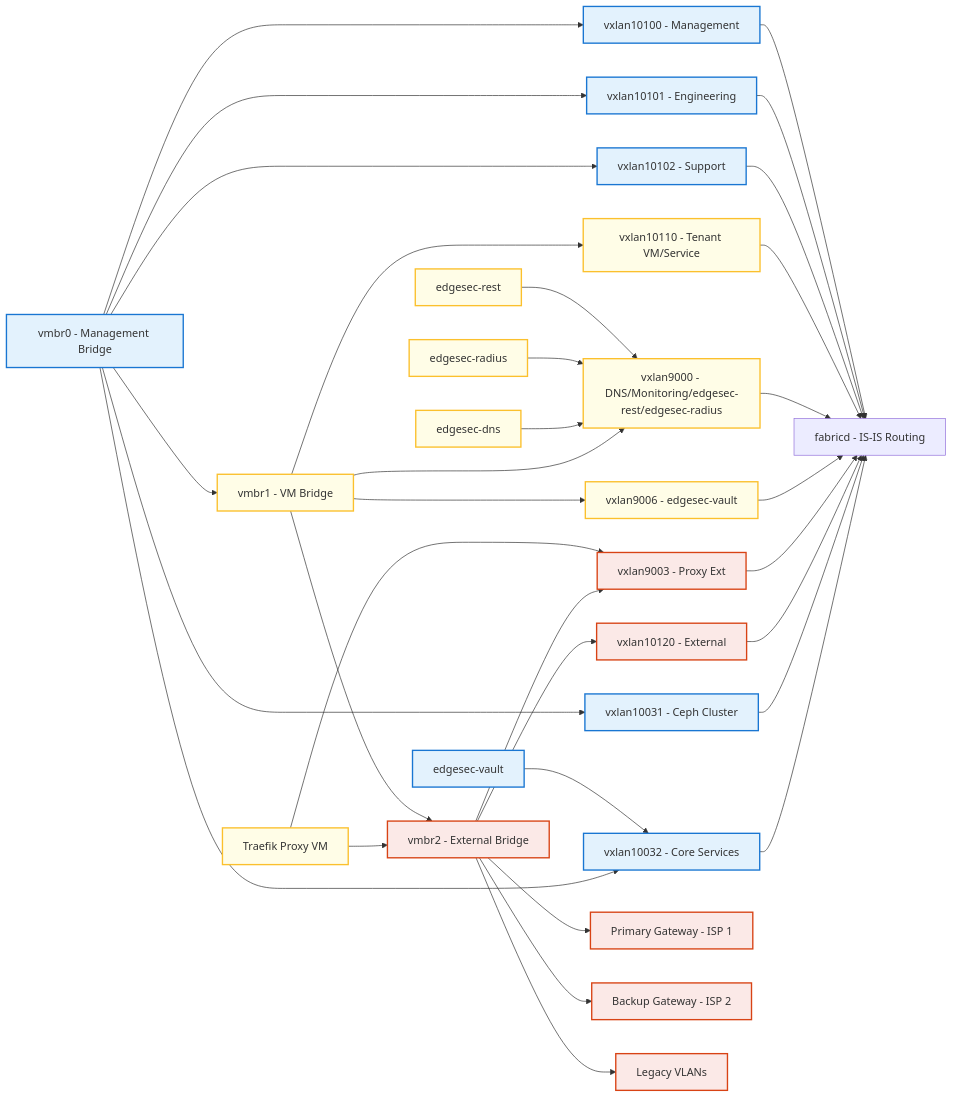
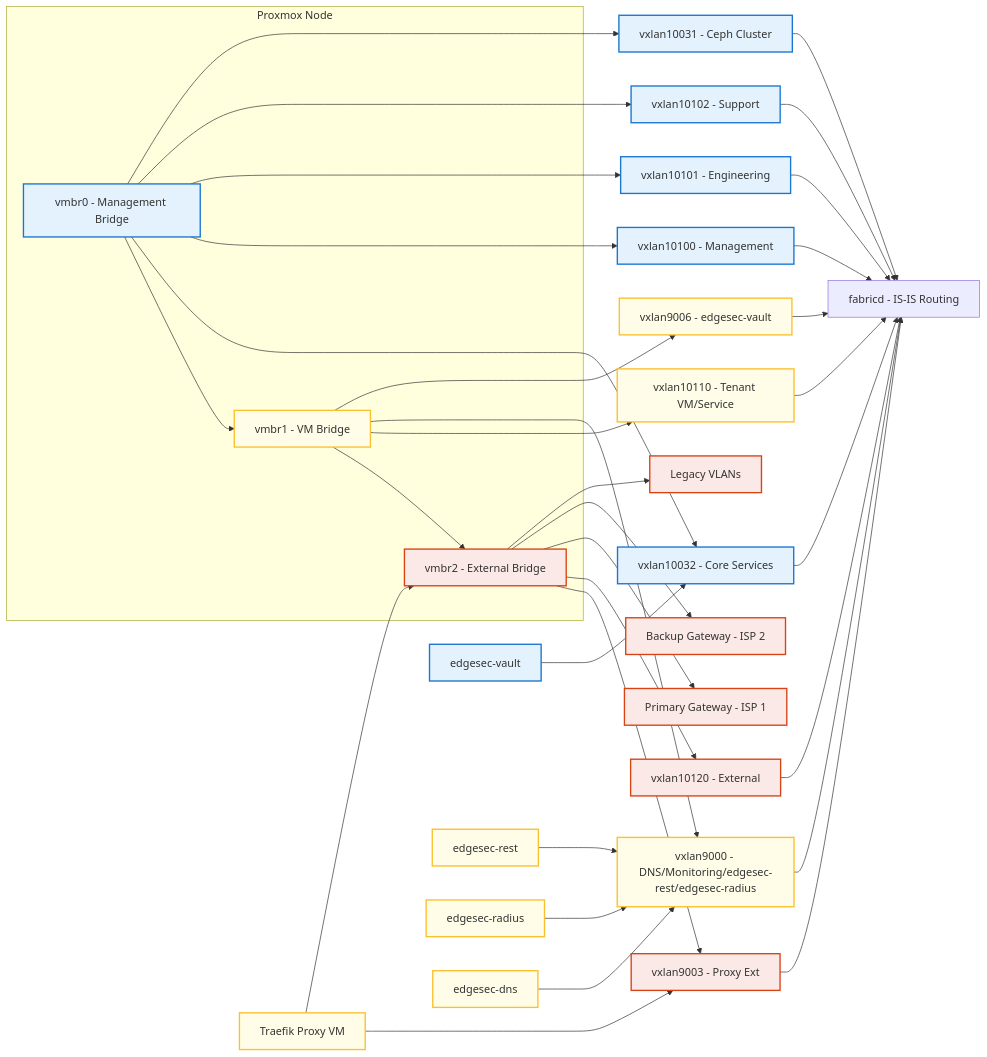
Before and after one commit to CEP-Comwell/proxmox_addons: the diagram in README.md, drawn with Mermaid.

Commit message:
updated graph lr positioning

````diff
--- a/README.md
+++ b/README.md
@@ -59,10 +59,12 @@
 ```mermaid
 graph LR
 
-  %% Bridges (ordered left to right)
-  MgmtBridge[vmbr0 - Management Bridge]
-  VMBridge[vmbr1 - VM Bridge]
-  ExtBridge[vmbr2 - External Bridge]
+  %% Proxmox Node grouping
+  subgraph ProxmoxNode[Proxmox Node]
+    MgmtBridge[vmbr0 - Management Bridge]
+    VMBridge[vmbr1 - VM Bridge]
+    ExtBridge[vmbr2 - External Bridge]
+  end
 
   %% Services
   VaultVM[edgesec-vault]
@@ -99,7 +101,6 @@
   DNSVM --> VX9000
   ProxyVM --> VX9003
   ProxyVM --> ExtBridge
-  %% Core Services VXLAN (new)
   MgmtBridge --> VX10032
 
   %% VM Bridge overlays (tenant/service and core services)
````
